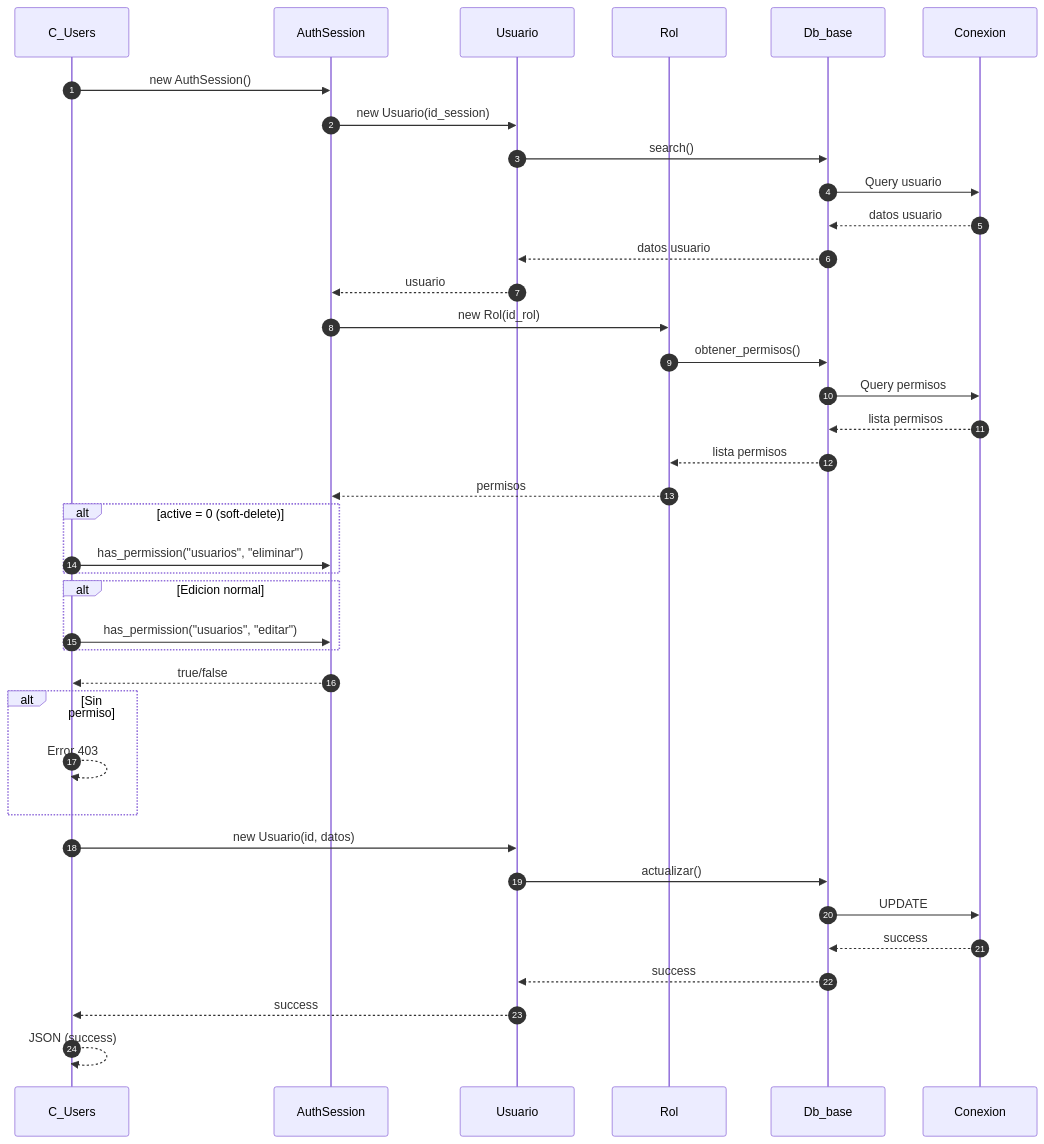
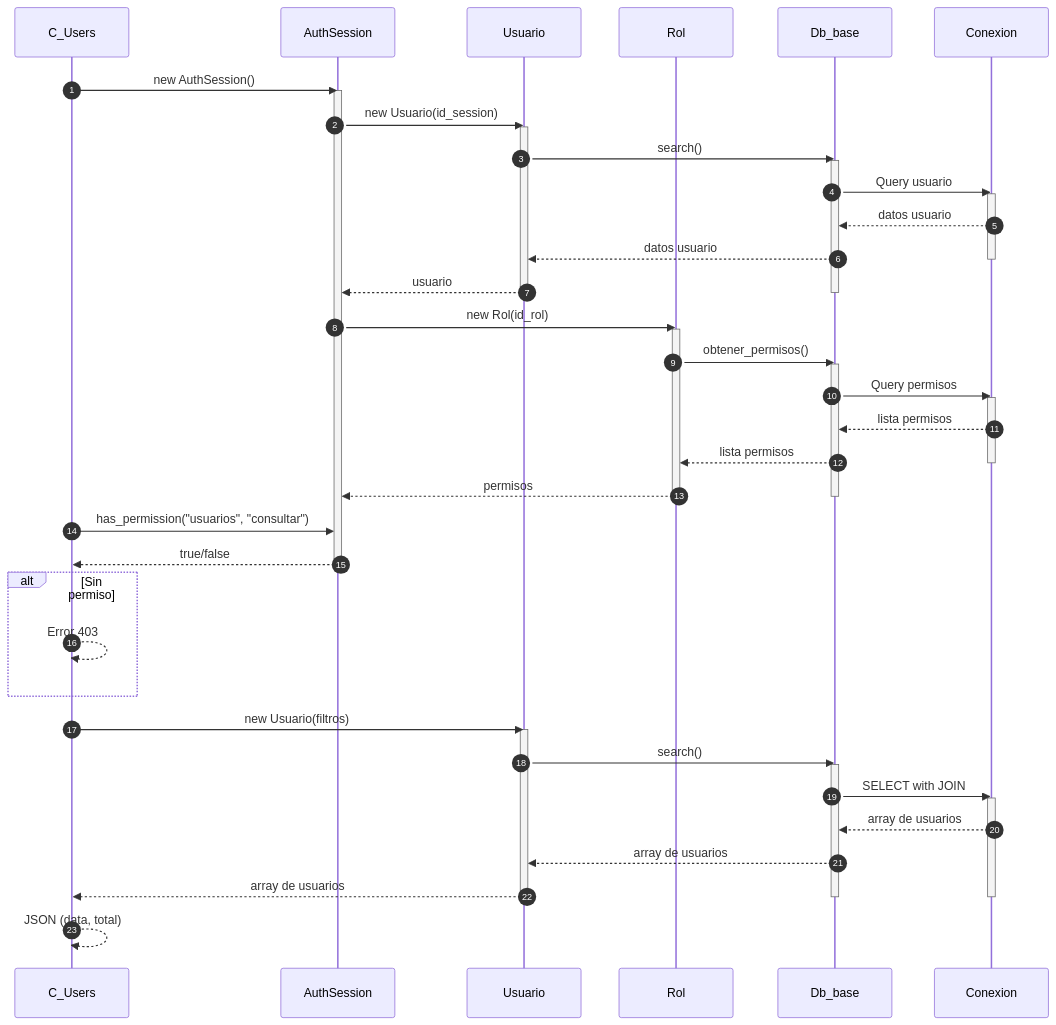
One commit to Tecrato/BurgerHouse changed the third of 6 diagrams in docs/secuencia/usuarios/usuarios.md. Above: the diagram before and after it, drawn with Mermaid. The commit also changed other lines of this file and 16 other files, not shown here.

First line of the commit message:
Annotate mermaid sequences & throttle generator

````diff
--- a/docs/secuencia/usuarios/usuarios.md
+++ b/docs/secuencia/usuarios/usuarios.md
@@ -94,48 +138,61 @@
 ```mermaid
 sequenceDiagram
     autonumber
     participant C_Users as C_Users
     participant AuthSession as AuthSession
     participant Usuario as Usuario
     participant Rol as Rol
     participant Db_base as Db_base
     participant Conexion as Conexion
     
     C_Users->>AuthSession: new AuthSession()
+    activate AuthSession
     AuthSession->>Usuario: new Usuario(id_session)
+    activate Usuario
     Usuario->>Db_base: search()
+    activate Db_base
     Db_base->>Conexion: Query usuario
+    activate Conexion
     Conexion-->>Db_base: datos usuario
     Db_base-->>Usuario: datos usuario
+    deactivate Conexion
     Usuario-->>AuthSession: usuario
+    deactivate Usuario
+    deactivate Db_base
     
     AuthSession->>Rol: new Rol(id_rol)
+    activate Rol
     Rol->>Db_base: obtener_permisos()
+    activate Db_base
     Db_base->>Conexion: Query permisos
+    activate Conexion
     Conexion-->>Db_base: lista permisos
     Db_base-->>Rol: lista permisos
+    deactivate Conexion
     Rol-->>AuthSession: permisos
+    deactivate Rol
+    deactivate Db_base
     
-    alt active = 0 (soft-delete)
-        C_Users->>AuthSession: has_permission("usuarios", "eliminar")
-    end
-    
-    alt Edicion normal
-        C_Users->>AuthSession: has_permission("usuarios", "editar")
-    end
-    
+    C_Users->>AuthSession: has_permission("usuarios", "consultar")
     AuthSession-->>C_Users: true/false
+    deactivate AuthSession
     
     alt Sin permiso
         C_Users-->>C_Users: Error 403
     end
     
-    C_Users->>Usuario: new Usuario(id, datos)
-    Usuario->>Db_base: actualizar()
-    Db_base->>Conexion: UPDATE
-    Conexion-->>Db_base: success
-    Db_base-->>Usuario: success
-    Usuario-->>C_Users: success
+    C_Users->>Usuario: new Usuario(filtros)
+    activate Usuario
+    Usuario->>Db_base: search()
+    activate Db_base
+    Db_base->>Conexion: SELECT with JOIN
+    activate Conexion
+    Conexion-->>Db_base: array de usuarios
+    Db_base-->>Usuario: array de usuarios
+    Usuario-->>C_Users: array de usuarios
+    deactivate Usuario
+    deactivate Conexion
+    deactivate Db_base
     
-    C_Users-->>C_Users: JSON (success)
+    C_Users-->>C_Users: JSON (data, total)
 ```
````
